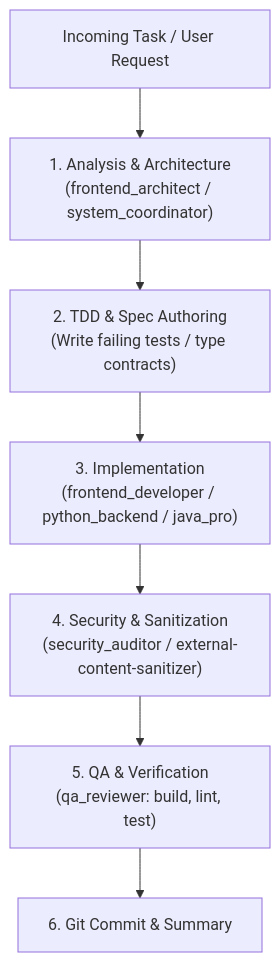
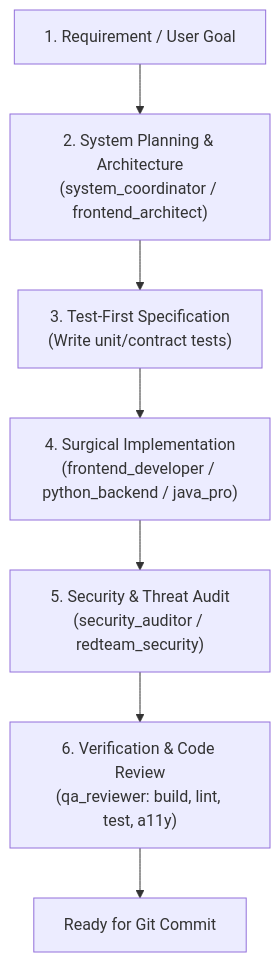
One commit to taidangvotuan/Student_Dating changed the diagram in AGENTS.md. Above: the diagram before and after it, drawn with Mermaid. The commit also changed other lines of this file and 871 other files, not shown here.

````diff
--- a/AGENTS.md
+++ b/AGENTS.md
@@ -52,9 +54,9 @@
 ```mermaid
 flowchart TD
-    Task["Incoming Task / User Request"] --> Plan["1. Analysis & Architecture<br/>(frontend_architect / system_coordinator)"]
-    Plan --> Test["2. TDD & Spec Authoring<br/>(Write failing tests / type contracts)"]
-    Test --> Impl["3. Implementation<br/>(frontend_developer / python_backend / java_pro)"]
-    Impl --> Sec["4. Security & Sanitization<br/>(security_auditor / external-content-sanitizer)"]
-    Sec --> QA["5. QA & Verification<br/>(qa_reviewer: build, lint, test)"]
-    QA --> Ready["6. Git Commit & Summary"]
+    Req["1. Requirement / User Goal"] --> Arch["2. System Planning & Architecture<br/>(system_coordinator / frontend_architect)"]
+    Arch --> TDD["3. Test-First Specification<br/>(Write unit/contract tests)"]
+    TDD --> Dev["4. Surgical Implementation<br/>(frontend_developer / python_backend / java_pro)"]
+    Dev --> Sec["5. Security & Threat Audit<br/>(security_auditor / redteam_security)"]
+    Sec --> QA["6. Verification & Code Review<br/>(qa_reviewer: build, lint, test, a11y)"]
+    QA --> Done["Ready for Git Commit"]
 ```
````
